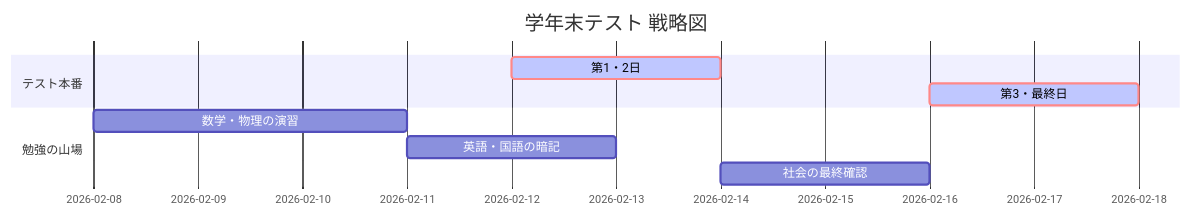
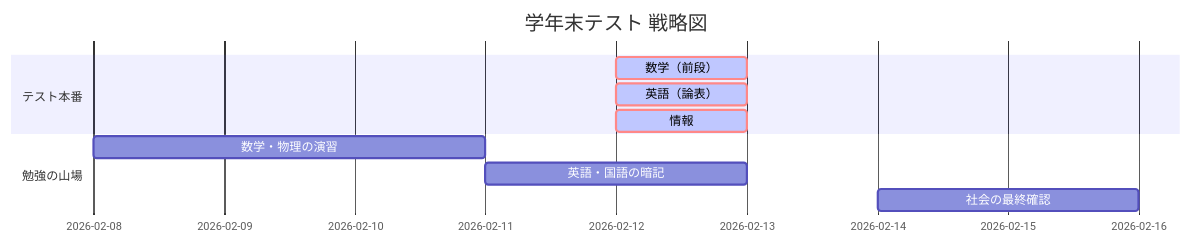
One commit to Grinrin1108/my-site changed the diagram in docs/schedule/schedule.md. Above: the diagram before and after it, drawn with Mermaid. The commit also changed other lines of this file, not shown here.

````diff
--- a/docs/schedule/schedule.md
+++ b/docs/schedule/schedule.md
@@ -25,13 +14,14 @@
 ```mermaid
 gantt
     title 学年末テスト 戦略図
     dateFormat  YYYY-MM-DD
     section テスト本番
-    第1・2日 :crit, active, 2026-02-12, 2d
-    第3・最終日 :crit, active, 2026-02-16, 2d
+    数学（前段） :crit, active, 2026-02-12, 1d
+    英語（論表） :crit, active, 2026-02-12, 1d
+    情報 :crit, active, 2026-02-12, 1d
     
     section 勉強の山場
     数学・物理の演習 :2026-02-08, 3d
     英語・国語の暗記 :2026-02-11, 2d
     社会の最終確認   :2026-02-14, 2d
 ```
````
